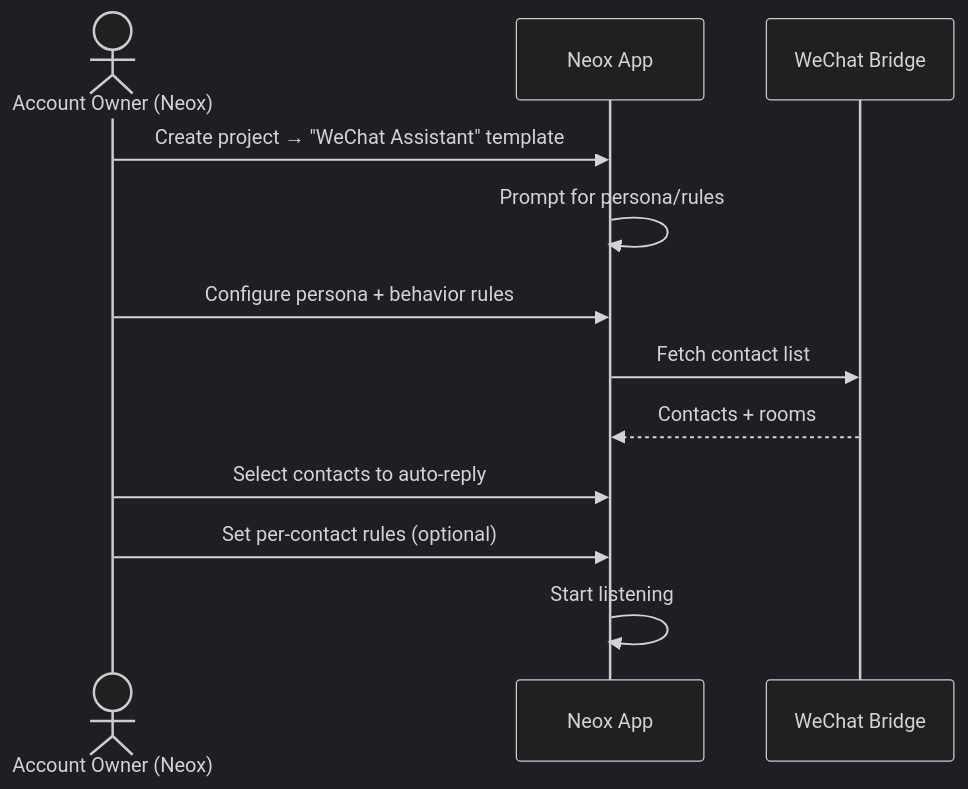
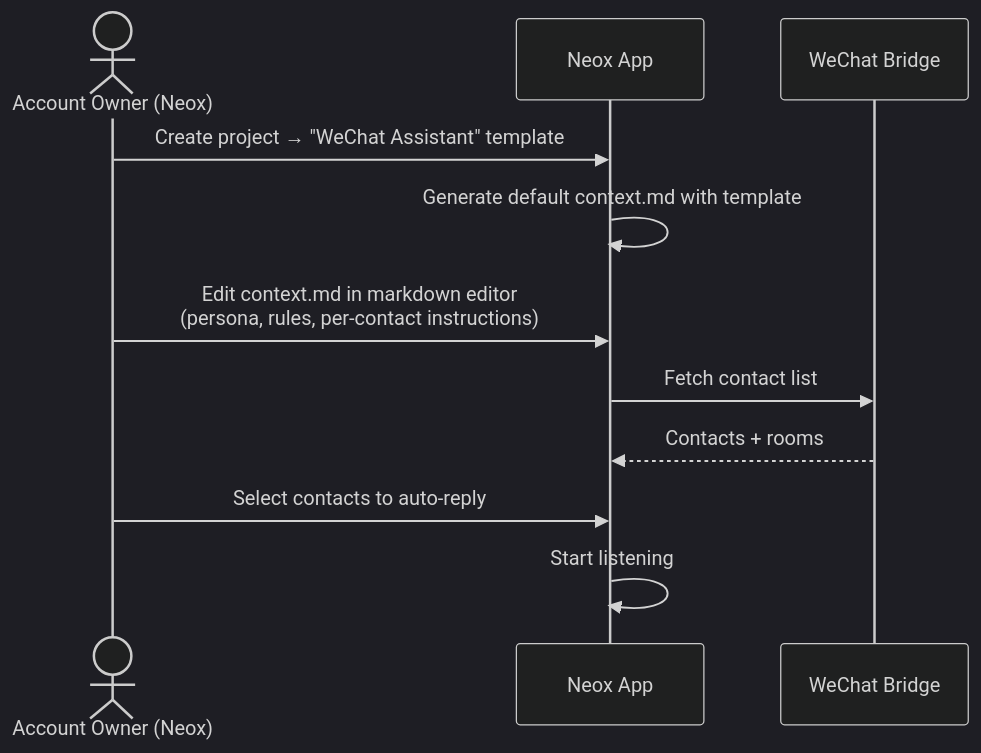
The fourth of 7 diagrams in docs/2026-04-10-wechat-bidirectional-design.md (lalalic/neox), drawn with Mermaid (dark theme) before and after one commit. The commit also changed other lines of this file, not shown here.

Commit message:
docs: scen2 agent context as editable markdown file

````diff
--- a/docs/2026-04-10-wechat-bidirectional-design.md
+++ b/docs/2026-04-10-wechat-bidirectional-design.md
@@ -212,15 +212,14 @@
 ```mermaid
 sequenceDiagram
     actor Owner as Account Owner (Neox)
     participant Neox as Neox App
     participant WC as WeChat Bridge
 
     Owner->>Neox: Create project → "WeChat Assistant" template
-    Neox->>Neox: Prompt for persona/rules
-    Owner->>Neox: Configure persona + behavior rules
+    Neox->>Neox: Generate default context.md with template
+    Owner->>Neox: Edit context.md in markdown editor<br/>(persona, rules, per-contact instructions)
     Neox->>WC: Fetch contact list
     WC-->>Neox: Contacts + rooms
     Owner->>Neox: Select contacts to auto-reply
-    Owner->>Neox: Set per-contact rules (optional)
     Neox->>Neox: Start listening
 ```
````
